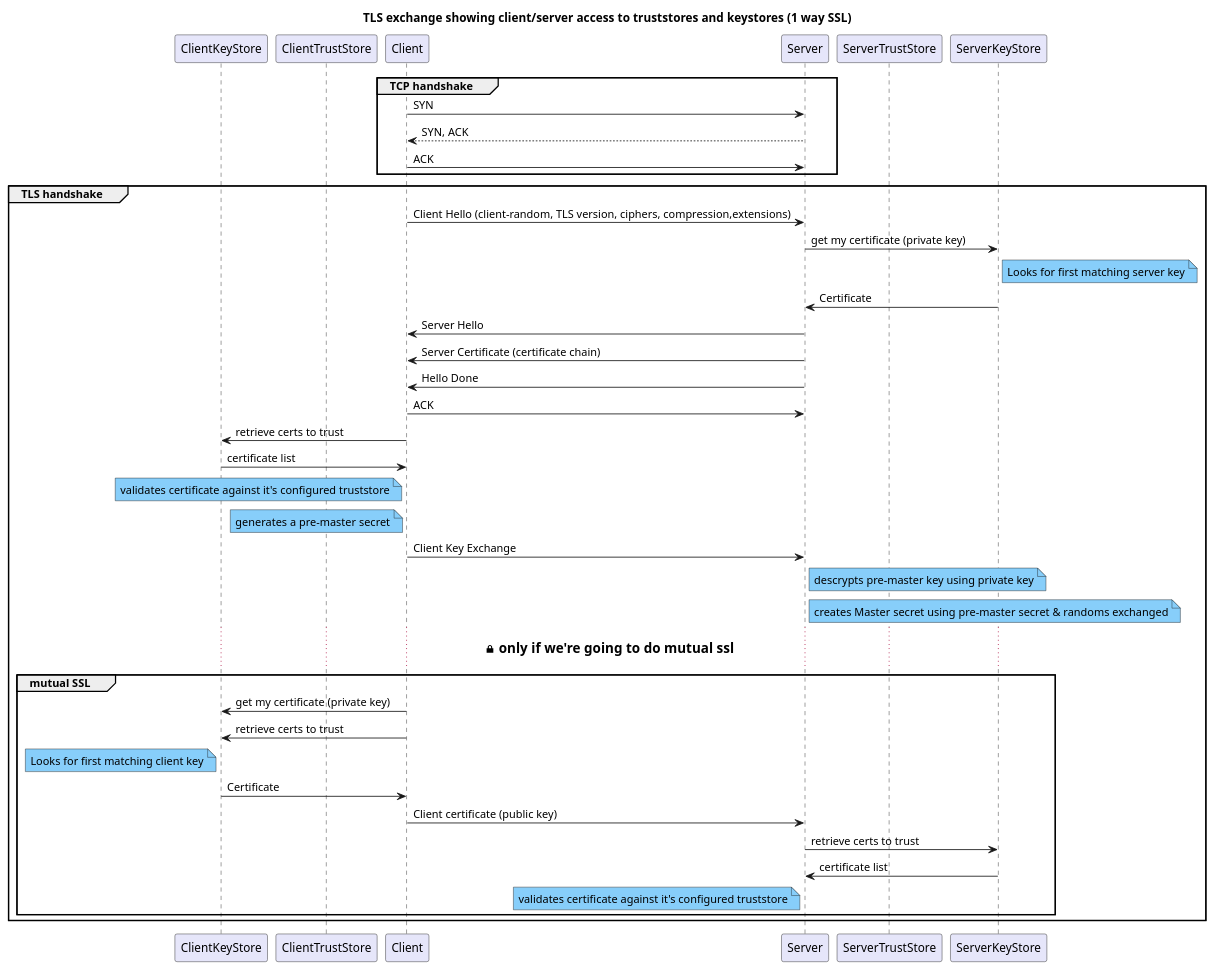
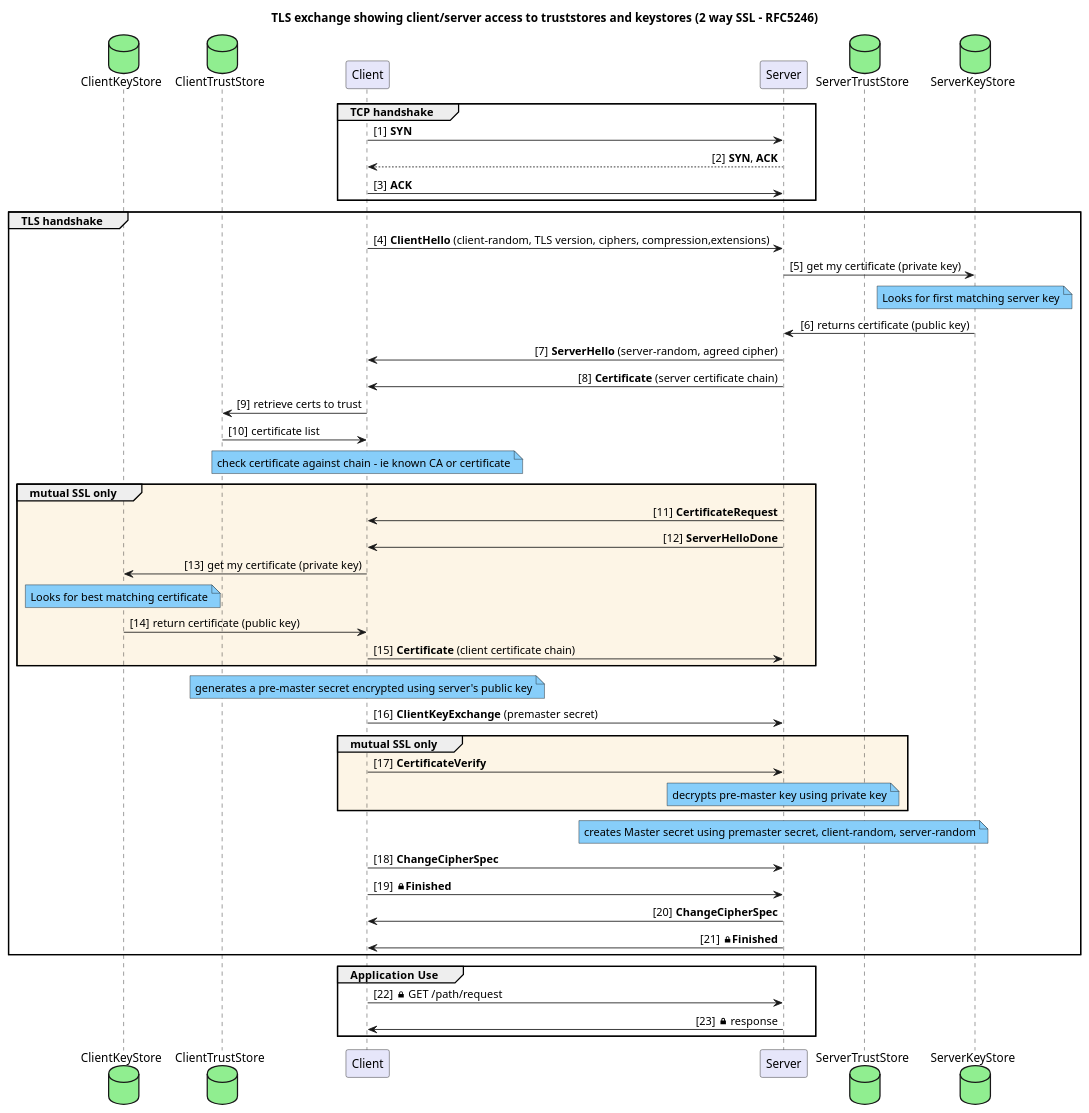
Before and after one commit to odpi/egeria: the diagram in open-metadata-resources/open-metadata-deployment/certificates/ssl-mutual.puml, drawn with PlantUML. The commit also changed 3 other files, not shown here.

Commit message:
Updated Diagrams for ssl

```diff
--- a/open-metadata-resources/open-metadata-deployment/certificates/ssl-mutual.puml
+++ b/open-metadata-resources/open-metadata-deployment/certificates/ssl-mutual.puml
@@ -1,57 +1,74 @@
 @startuml
+
+autonumber "[0]"
+
 
 skinparam noteBackgroundColor LightSkyBlue
 skinparam participant {
     backgroundColor Lavender
 }
 
-title TLS exchange showing client/server access to truststores and keystores (1 way SSL)
+skinparam sequenceMessageAlign direction
 
-participant ClientKeyStore
-participant ClientTrustStore
+title TLS exchange showing client/server access to truststores and keystores (2 way SSL - RFC5246)
+
+
+database ClientKeyStore #lightgreen
+database ClientTrustStore #lightgreen
 participant Client
 participant Server
-participant ServerTrustStore
-participant ServerKeyStore
+database ServerTrustStore #lightgreen
+database ServerKeyStore #lightgreen
 
 group TCP handshake
 
-    Client -> Server: SYN
-    Server --> Client: SYN, ACK
-    Client -> Server: ACK
+    Client -> Server: **SYN**
+    Server --> Client: **SYN**, **ACK**
+    Client -> Server: **ACK**
 end
 
 group TLS handshake
 
-    Client -> Server: Client Hello (client-random, TLS version, ciphers, compression,extensions)
+    Client -> Server: **ClientHello** (client-random, TLS version, ciphers, compression,extensions)
     Server -> ServerKeyStore: get my certificate (private key)
-    note right of ServerKeyStore: Looks for first matching server key
-    ServerKeyStore -> Server: Certificate
-    Server -> Client: Server Hello
-    Server -> Client: Server Certificate (certificate chain)
-    Server -> Client: Hello Done
-    Client -> Server: ACK
-    Client -> ClientKeyStore: retrieve certs to trust
-    ClientKeyStore -> Client: certificate list
-    note left of Client: validates certificate against it's configured truststore
-    note left of Client: generates a pre-master secret
-    Client -> Server: Client Key Exchange
-    note right of Server: descrypts pre-master key using private key
-    note right of Server: creates Master secret using pre-master secret & randoms exchanged
-    ... <size:16><&lock-locked> **only if we're going to do mutual ssl** ...
-    group mutual SSL
-    Client -> ClientKeyStore: get my certificate (private key)
-    Client -> ClientKeyStore: retrieve certs to trust
-    note left of ClientKeyStore: Looks for first matching client key
-    ClientKeyStore -> Client: Certificate
+    note over ServerKeyStore: Looks for first matching server key
+    ServerKeyStore -> Server: returns certificate (public key)
+    Server -> Client: **ServerHello** (server-random, agreed cipher)
 
-    Client -> Server: Client certificate (public key)
-        Server -> ServerKeyStore: retrieve certs to trust
-        ServerKeyStore -> Server: certificate list
-        note left of Server: validates certificate against it's configured truststore
+
+    Server -> Client: **Certificate** (server certificate chain)
+    Client -> ClientTrustStore: retrieve certs to trust
+    ClientTrustStore -> Client: certificate list
+    note over Client: check certificate against chain - ie known CA or certificate
+
+    group #oldLace mutual SSL only
+        Server -> Client: **CertificateRequest**
+        Server -> Client: **ServerHelloDone**
+
+        Client -> ClientKeyStore: get my certificate (private key)
+        note over ClientKeyStore: Looks for best matching certificate
+        ClientKeyStore -> Client: return certificate (public key)
+        Client->Server: **Certificate** (client certificate chain)
     end
 
+    note over Client: generates a pre-master secret encrypted using server's public key
+    Client -> Server: **ClientKeyExchange** (premaster secret)
+
+    group #oldLace mutual SSL only
+        Client->Server: **CertificateVerify**
+        note over Server: decrypts pre-master key using private key
+    end
+
+    note over Server: creates Master secret using premaster secret, client-random, server-random
+    Client -> Server: **ChangeCipherSpec**
+    Client -> Server: <&lock-locked>**Finished**
+    Server -> Client: **ChangeCipherSpec**
+    Server -> Client: <&lock-locked>**Finished**
 
 end
 
+group Application  Use
+   Client -> Server: <&lock-locked> GET /path/request
+   Server -> Client: <&lock-locked> response
+end
 @enduml
```
